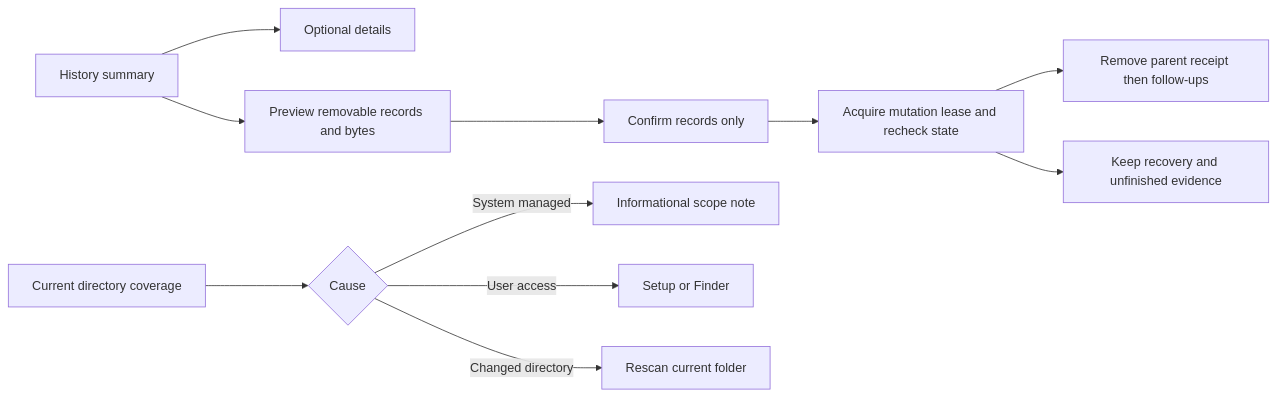
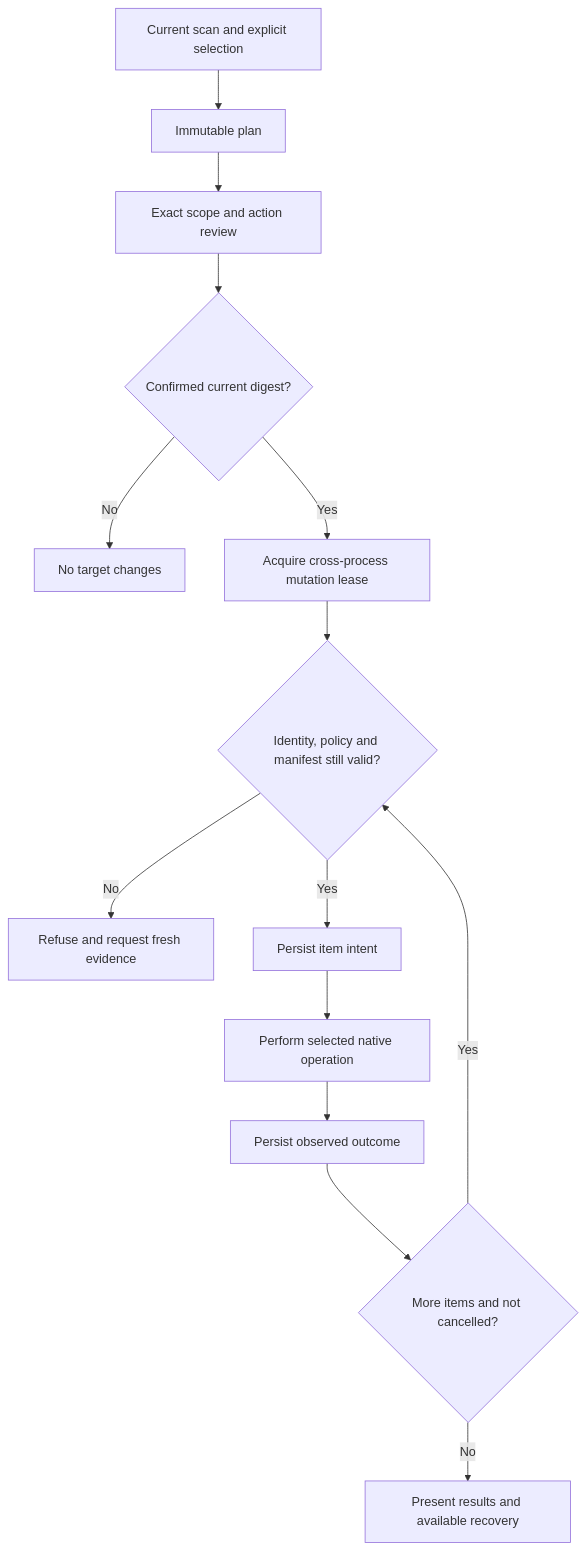
The third of 3 diagrams in docs/architecture/system-design.md (limecloud/shou), drawn with Mermaid before and after one commit. The commit also changed other lines of this file and 312 other files, not shown here.

````diff
--- a/docs/architecture/system-design.md
+++ b/docs/architecture/system-design.md
@@ -318,13 +79,16 @@
 ```mermaid
-flowchart LR
-    H[History summary] --> D[Optional details]
-    H --> P[Preview removable records and bytes]
-    P --> C[Confirm records only]
-    C --> L[Acquire mutation lease and recheck state]
-    L --> R[Remove parent receipt then follow-ups]
-    L --> K[Keep recovery and unfinished evidence]
-    S[Current directory coverage] --> M{Cause}
-    M -->|System managed| I[Informational scope note]
-    M -->|User access| A[Setup or Finder]
-    M -->|Changed directory| F[Rescan current folder]
+flowchart TD
+    Evidence[Current scan and explicit selection] --> Plan[Immutable plan]
+    Plan --> Review[Exact scope and action review]
+    Review --> Confirm{Confirmed current digest?}
+    Confirm -->|No| Stop[No target changes]
+    Confirm -->|Yes| Lease[Acquire cross-process mutation lease]
+    Lease --> Verify{Identity, policy and manifest still valid?}
+    Verify -->|No| Rescan[Refuse and request fresh evidence]
+    Verify -->|Yes| Journal[Persist item intent]
+    Journal --> Mutate[Perform selected native operation]
+    Mutate --> Receipt[Persist observed outcome]
+    Receipt --> Next{More items and not cancelled?}
+    Next -->|Yes| Verify
+    Next -->|No| Results[Present results and available recovery]
 ```
````
